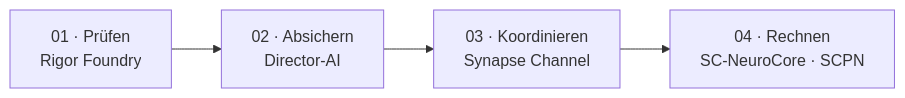
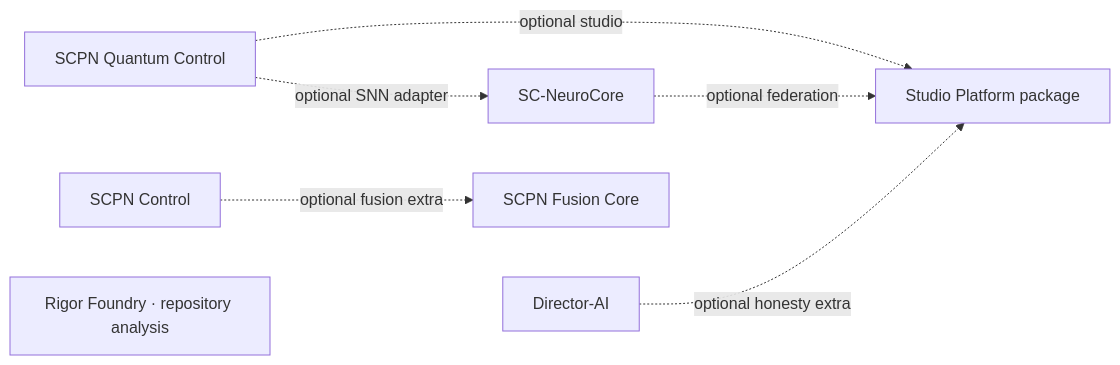
Before and after one commit to anulum/anulum: the diagram in README.de.md, drawn with Mermaid. The commit also changed other lines of this file and 121 other files, not shown here.

````diff
--- a/README.de.md
+++ b/README.de.md
@@ -158,4 +152,9 @@
 ```mermaid
 flowchart LR
-    A["01 · Prüfen<br/>Rigor Foundry"] --> B["02 · Absichern<br/>Director-AI"] --> C["03 · Koordinieren<br/>Synapse Channel"] --> D["04 · Rechnen<br/>SC-NeuroCore · SCPN"]
+    Q["SCPN Quantum Control"] -. "optional SNN adapter" .-> N["SC-NeuroCore"]
+    Q -. "optional studio" .-> S["Studio Platform package"]
+    N -. "optional federation" .-> S
+    D["Director-AI"] -. "optional honesty extra" .-> S
+    C["SCPN Control"] -. "optional fusion extra" .-> F["SCPN Fusion Core"]
+    R["Rigor Foundry · repository analysis"]
 ```
````
